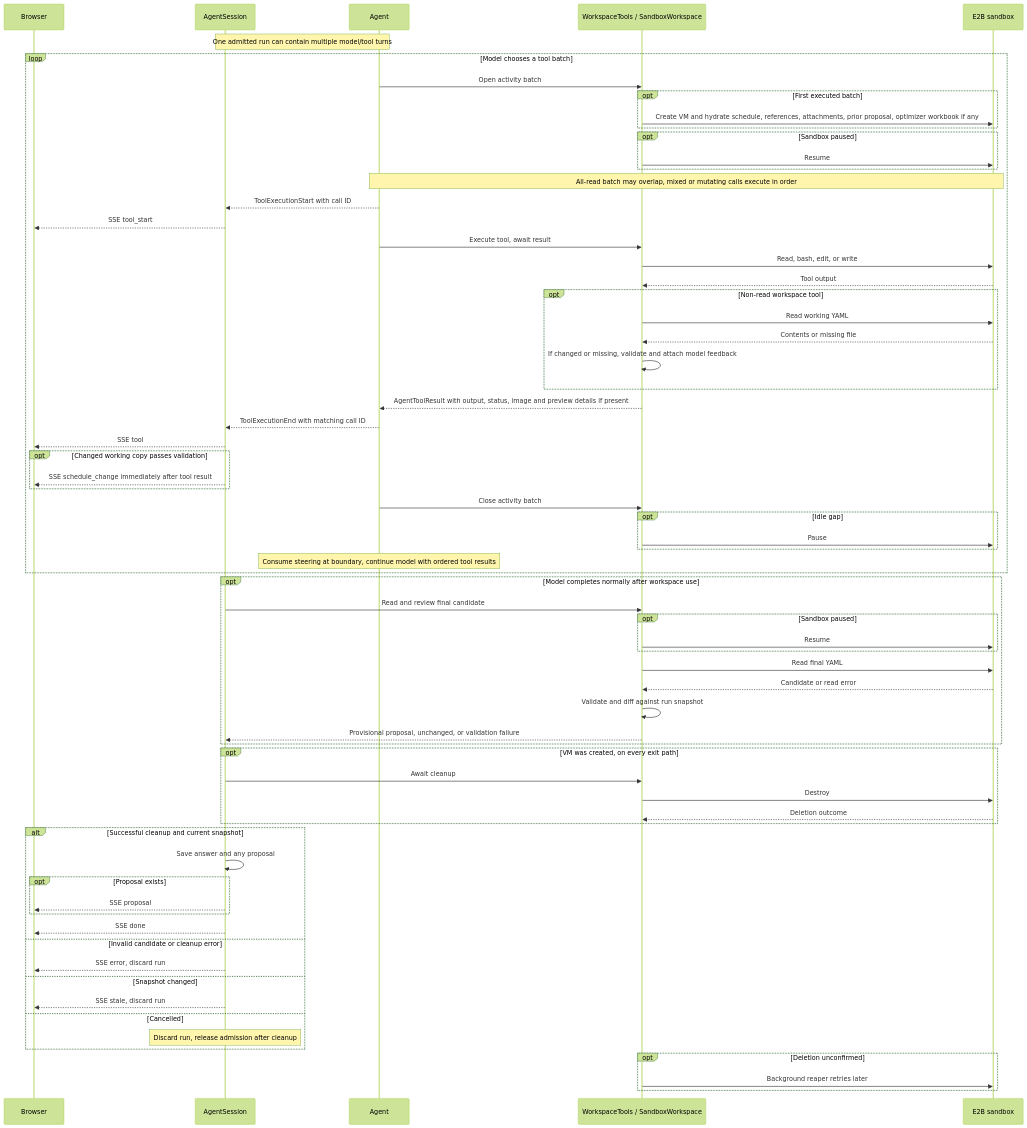
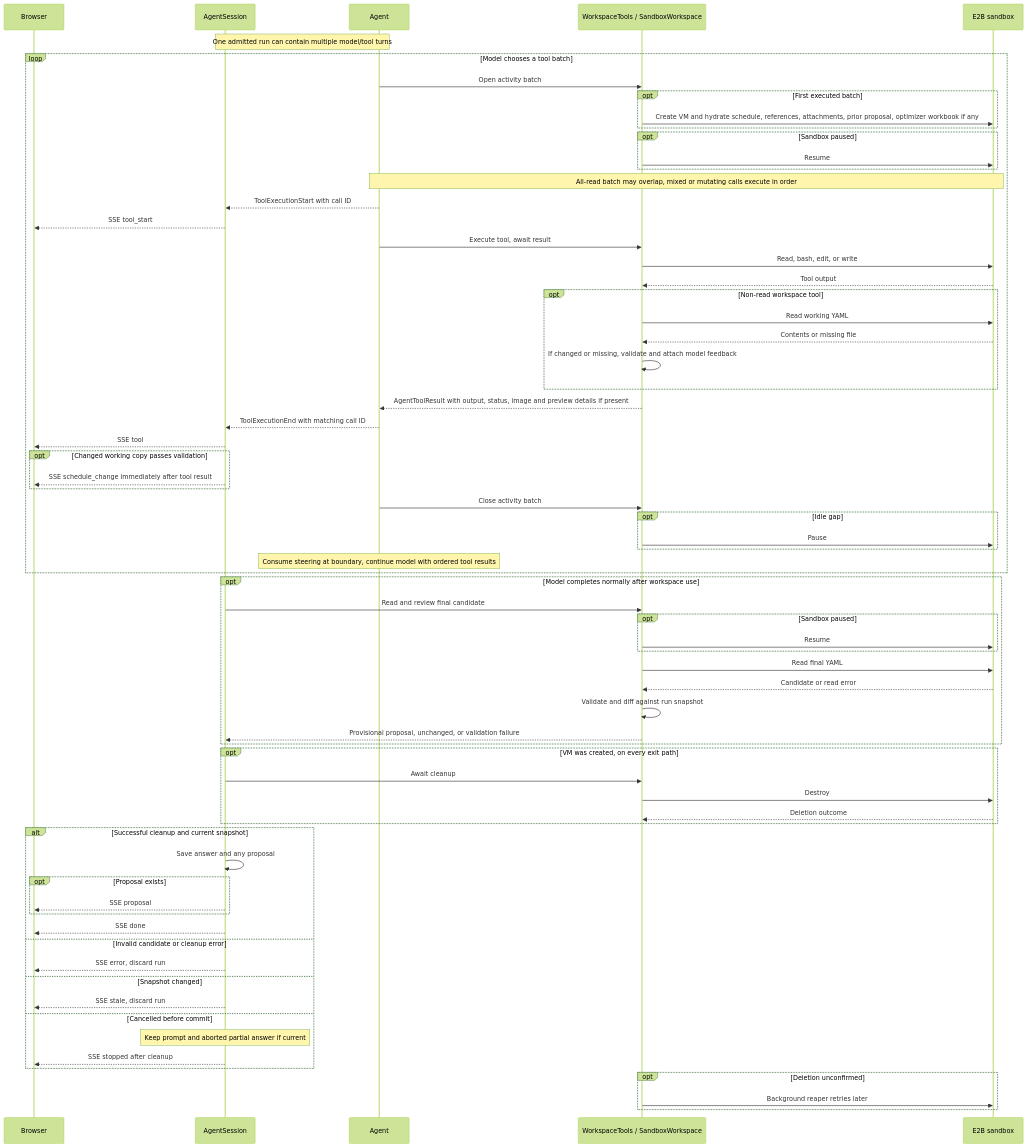
The fifth of 7 diagrams in docs/content/developer-guide/ai-assistant.md (j3soon/nurse-scheduling), drawn with Mermaid (forest theme) before and after one commit. The commit also changed 2 other files, not shown here.

Commit message:
fix(core/ai): preserve committed run outcome during history finalization
Freeze cancellation once sandbox cleanup completes and the session commit begins. This keeps Stop from reporting an already committed answer as stopped while its history write is pending. Correct the cancellation path in the developer diagram.

Validation: pytest tests/test_ai_lifecycle.py passed (14 tests); Ruff and git diff --check passed.

by Codex (gpt-6-sol)

````diff
--- a/docs/content/developer-guide/ai-assistant.md
+++ b/docs/content/developer-guide/ai-assistant.md
@@ -317,72 +317,73 @@
 ```mermaid
 sequenceDiagram
     participant Browser
     participant Session as AgentSession
     participant Agent
     participant Workspace as WorkspaceTools / SandboxWorkspace
     participant E2B as E2B sandbox
 
     Note over Session,Agent: One admitted run can contain multiple model/tool turns
     loop Model chooses a tool batch
         Agent->>Workspace: Open activity batch
         opt First executed batch
             Workspace->>E2B: Create VM and hydrate schedule, references, attachments, prior proposal, optimizer workbook if any
         end
         opt Sandbox paused
             Workspace->>E2B: Resume
         end
         Note over Agent,E2B: All-read batch may overlap, mixed or mutating calls execute in order
         Agent-->>Session: ToolExecutionStart with call ID
         Session-->>Browser: SSE tool_start
         Agent->>Workspace: Execute tool, await result
         Workspace->>E2B: Read, bash, edit, or write
         E2B-->>Workspace: Tool output
         opt Non-read workspace tool
             Workspace->>E2B: Read working YAML
             E2B-->>Workspace: Contents or missing file
             Workspace->>Workspace: If changed or missing, validate and attach model feedback
         end
         Workspace-->>Agent: AgentToolResult with output, status, image and preview details if present
         Agent-->>Session: ToolExecutionEnd with matching call ID
         Session-->>Browser: SSE tool
         opt Changed working copy passes validation
             Session-->>Browser: SSE schedule_change immediately after tool result
         end
         Agent->>Workspace: Close activity batch
         opt Idle gap
             Workspace->>E2B: Pause
         end
         Note over Agent: Consume steering at boundary, continue model with ordered tool results
     end
     opt Model completes normally after workspace use
         Session->>Workspace: Read and review final candidate
         opt Sandbox paused
             Workspace->>E2B: Resume
         end
         Workspace->>E2B: Read final YAML
         E2B-->>Workspace: Candidate or read error
         Workspace->>Workspace: Validate and diff against run snapshot
         Workspace-->>Session: Provisional proposal, unchanged, or validation failure
     end
     opt VM was created, on every exit path
         Session->>Workspace: Await cleanup
         Workspace->>E2B: Destroy
         E2B-->>Workspace: Deletion outcome
     end
     alt Successful cleanup and current snapshot
         Session->>Session: Save answer and any proposal
         opt Proposal exists
             Session-->>Browser: SSE proposal
         end
         Session-->>Browser: SSE done
     else Invalid candidate or cleanup error
         Session-->>Browser: SSE error, discard run
     else Snapshot changed
         Session-->>Browser: SSE stale, discard run
-    else Cancelled
-        Note over Session: Discard run, release admission after cleanup
+    else Cancelled before commit
+        Note over Session: Keep prompt and aborted partial answer if current
+        Session-->>Browser: SSE stopped after cleanup
     end
     opt Deletion unconfirmed
         Workspace->>E2B: Background reaper retries later
     end
 ```
````
